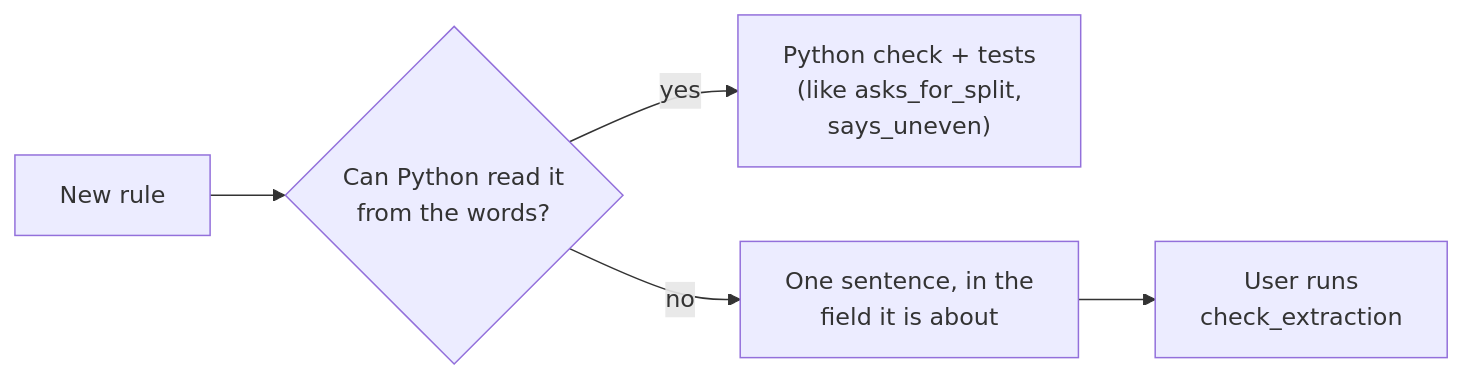
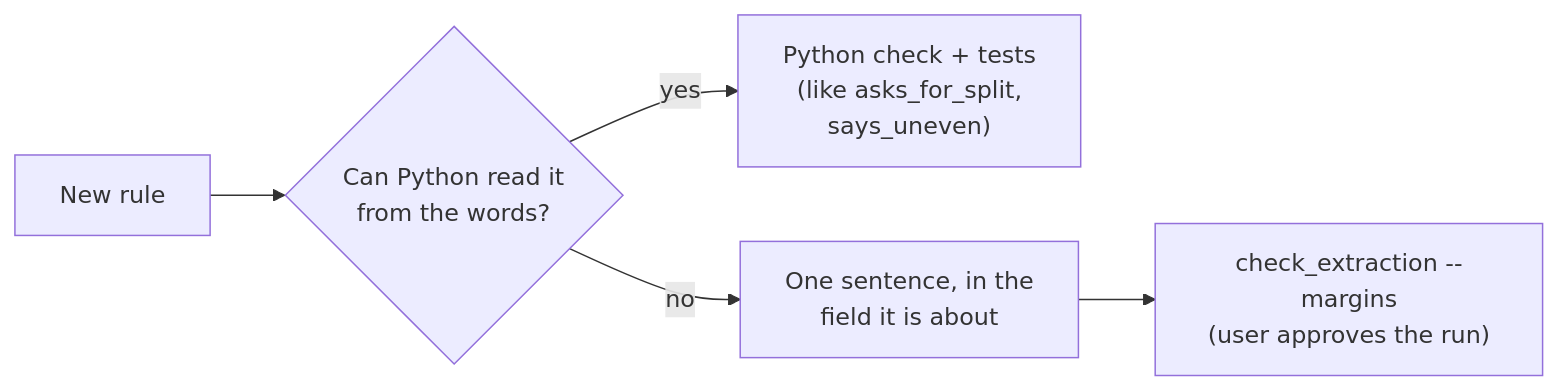
Before and after one commit to sujayjangam/unified-ledger-pipeline: the diagram in docs/decisions/0049-prompt-holds-only-what-python-cant-read.md, drawn with Mermaid. The commit also changed other lines of this file and 7 other files, not shown here.

````diff
--- a/docs/decisions/0049-prompt-holds-only-what-python-cant-read.md
+++ b/docs/decisions/0049-prompt-holds-only-what-python-cant-read.md
@@ -17,7 +17,7 @@
 ```mermaid
 flowchart LR
     R["New rule"] --> Q{"Can Python read it<br/>from the words?"}
     Q -- yes --> P["Python check + tests<br/>(like asks_for_split,<br/>says_uneven)"]
     Q -- no --> F["One sentence, in the<br/>field it is about"]
-    F --> C["User runs<br/>check_extraction"]
+    F --> C["check_extraction --margins<br/>(user approves the run)"]
 ```
````
